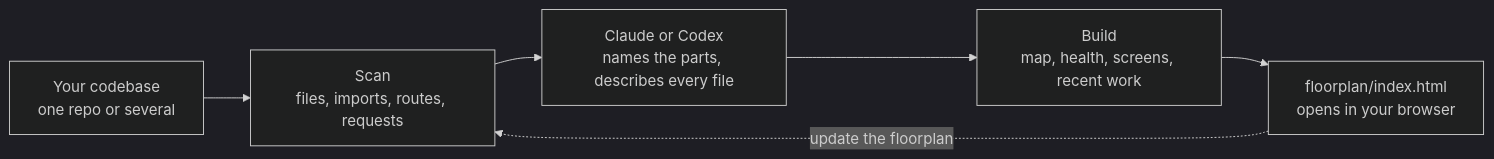
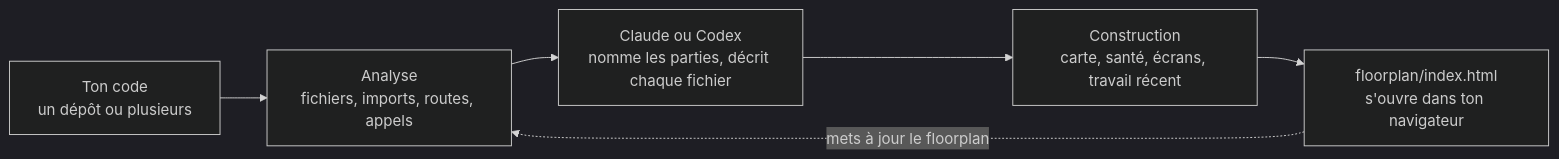
Before and after one commit to Doukay/la-carte: the diagram in README.md, drawn with Mermaid (dark theme). The commit also changed other lines of this file and 50 other files, not shown here.

````diff
--- a/README.md
+++ b/README.md
@@ -230,8 +226,8 @@
 ```mermaid
 flowchart LR
-    code["Your codebase<br/>one repo or several"] --> scan["Scan<br/>files, imports, routes, requests"]
-    scan --> agent["Claude or Codex<br/>names the parts, describes every file"]
-    agent --> build["Build<br/>map, health, screens, recent work"]
-    build --> map["floorplan/index.html<br/>opens in your browser"]
-    map -. "update the floorplan" .-> scan
+    code["Ton code<br/>un dépôt ou plusieurs"] --> scan["Analyse<br/>fichiers, imports, routes, appels"]
+    scan --> agent["Claude ou Codex<br/>nomme les parties, décrit chaque fichier"]
+    agent --> build["Construction<br/>carte, santé, écrans, travail récent"]
+    build --> map["floorplan/index.html<br/>s'ouvre dans ton navigateur"]
+    map -. "mets à jour le floorplan" .-> scan
 ```
````
